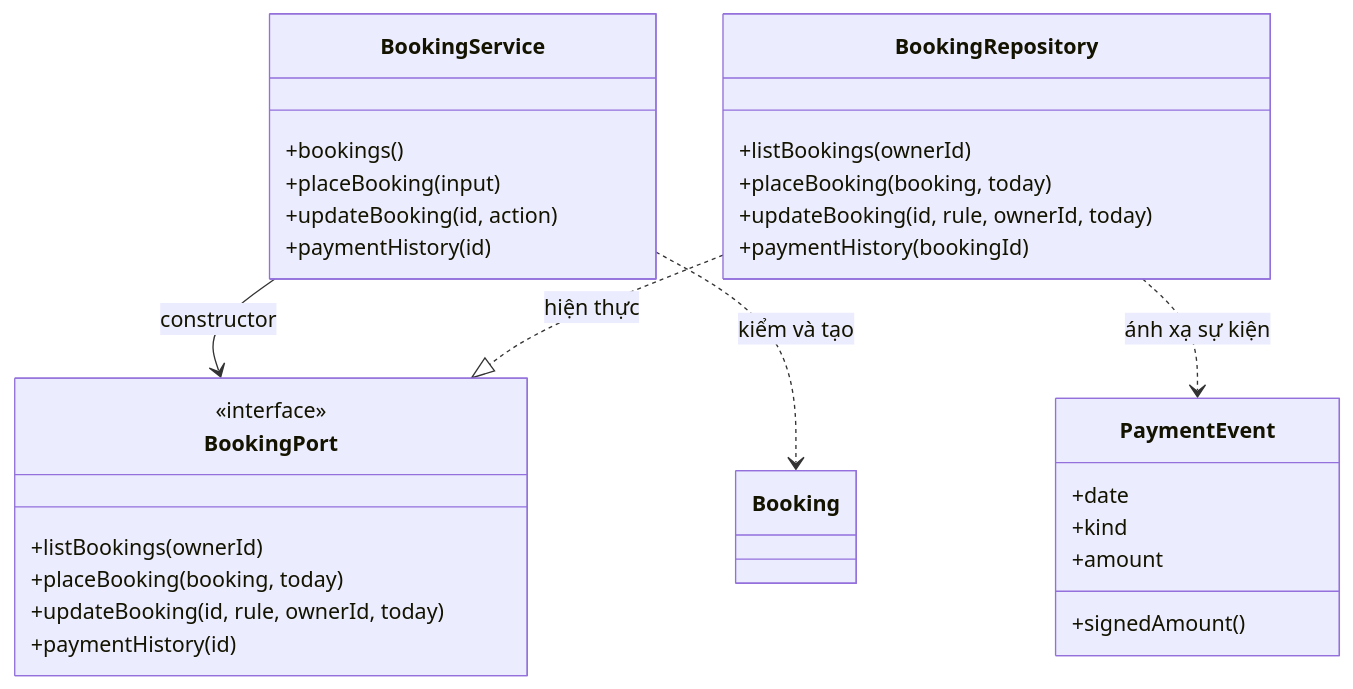
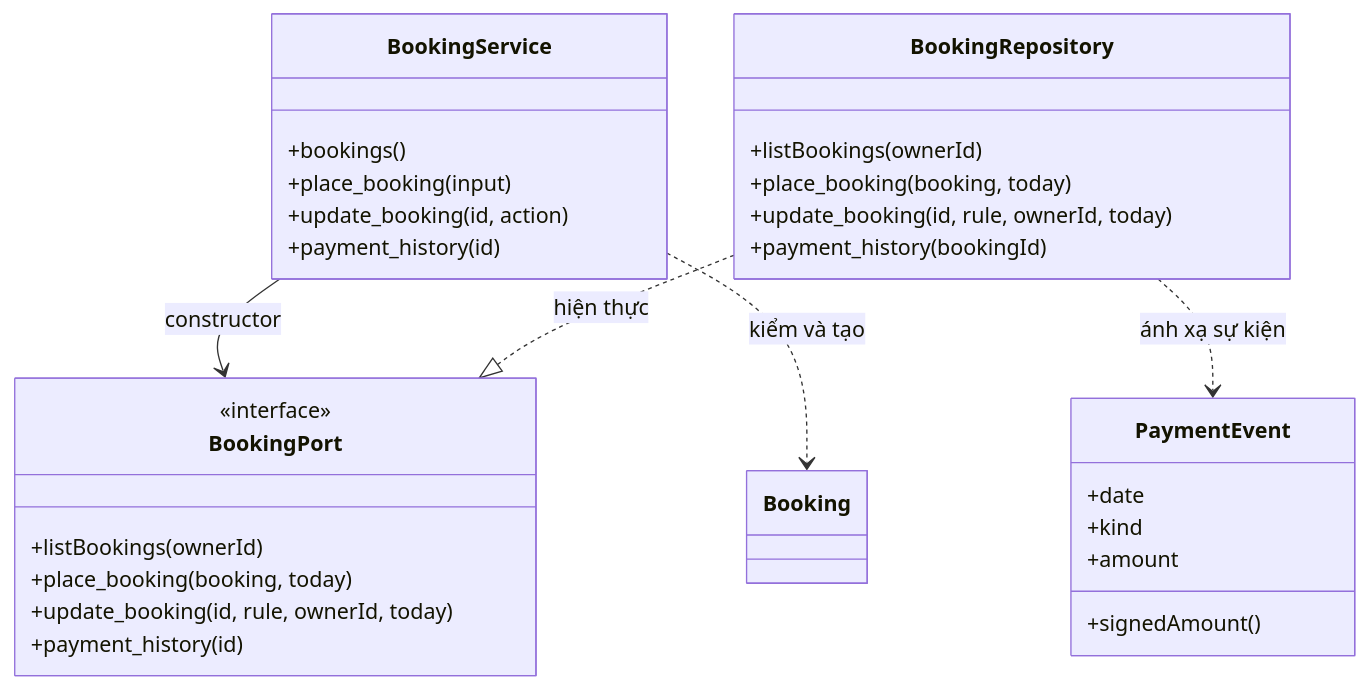
Before and after one commit to dqming1876/OOP_TourManager: the second of 2 diagrams in docs/checklist-4.1.md, drawn with Mermaid. The commit also changed other lines of this file and 88 other files, not shown here.

````diff
--- a/docs/checklist-4.1.md
+++ b/docs/checklist-4.1.md
@@ -78,33 +75,33 @@
 ```mermaid
 classDiagram
     direction TB
     class BookingPort {
         <<interface>>
         +listBookings(ownerId)
-        +placeBooking(booking, today)
-        +updateBooking(id, rule, ownerId, today)
-        +paymentHistory(id)
+        +place_booking(booking, today)
+        +update_booking(id, rule, ownerId, today)
+        +payment_history(id)
     }
     class BookingService {
         +bookings()
-        +placeBooking(input)
-        +updateBooking(id, action)
-        +paymentHistory(id)
+        +place_booking(input)
+        +update_booking(id, action)
+        +payment_history(id)
     }
     class BookingRepository {
         +listBookings(ownerId)
-        +placeBooking(booking, today)
-        +updateBooking(id, rule, ownerId, today)
-        +paymentHistory(bookingId)
+        +place_booking(booking, today)
+        +update_booking(id, rule, ownerId, today)
+        +payment_history(bookingId)
     }
     class PaymentEvent {
         +date
         +kind
         +amount
         +signedAmount()
     }
     BookingService --> BookingPort : constructor
     BookingRepository ..|> BookingPort : hiện thực
     BookingService ..> Booking : kiểm và tạo
     BookingRepository ..> PaymentEvent : ánh xạ sự kiện
 ```
````
